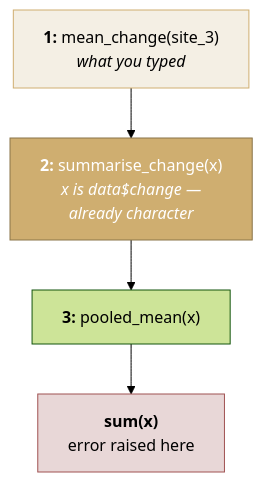
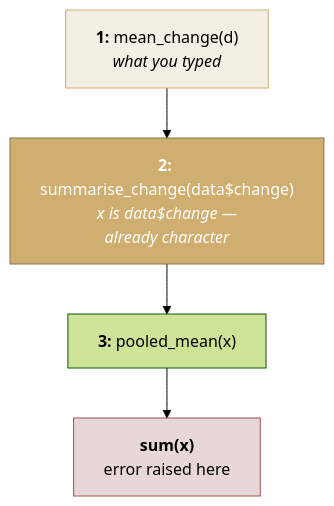
The diagram in course/session12/slides.qmd (slzhao/BIOS6301-materials), drawn with Mermaid (forest theme) before and after one commit. The commit also changed other lines of this file and 5 other files, not shown here.

````diff
--- a/course/session12/slides.qmd
+++ b/course/session12/slides.qmd
@@ -443,11 +452,11 @@
 ```{mermaid}
 %%| echo: false
 %%| fig-width: 9
 flowchart TD
-  A["<b>1:</b> mean_change(site_3)<br/><i>what you typed</i>"] --> B["<b>2:</b> summarise_change(x)<br/><i>x is data$change —<br/>already character</i>"]
+  A["<b>1:</b> mean_change(d)<br/><i>what you typed</i>"] --> B["<b>2:</b> summarise_change(data$change)<br/><i>x is data$change —<br/>already character</i>"]
   B --> C["<b>3:</b> pooled_mean(x)"]
   C --> D["<b>sum(x)</b><br/>error raised here"]
   style A fill:#f4efe4,stroke:#CFAE70
   style B fill:#CFAE70,stroke:#8a7448,color:#fff
   style D fill:#e8d7d7,stroke:#a05252
 ```
````
